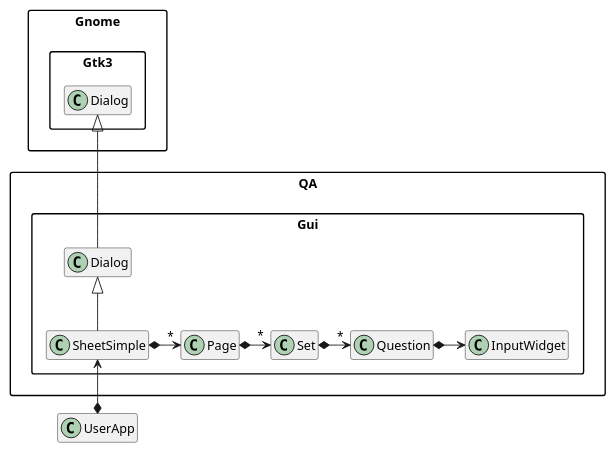
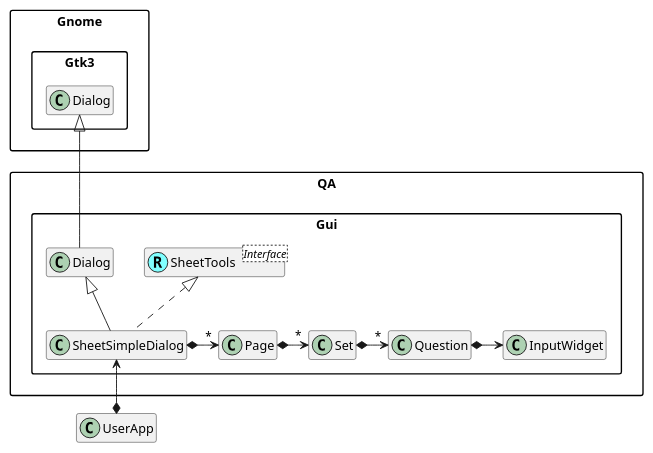
One commit to MARTIMM/question-answer changed the fourth of 5 diagrams in doc/design.md. Above: the diagram before and after it, drawn with PlantUML. The commit also changed other lines of this file and 1 other file, not shown here.

````diff
--- a/doc/design.md
+++ b/doc/design.md
@@ -299,20 +299,23 @@
 ```plantuml
 scale 0.9
 skinparam packageStyle rectangle
 skinparam stereotypeCBackgroundColor #80ffff
 set namespaceSeparator ::
 hide empty members
 
 'Class and interface decorations
+Interface QA::Gui::SheetTools <Interface>
+class QA::Gui::SheetTools <<(R,#80ffff)>>
 
 'Connections
 
-UserApp *-up-> QA::Gui::SheetSimple
-QA::Gui::Dialog <|-- QA::Gui::SheetSimple
+UserApp *-up-> QA::Gui::SheetSimpleDialog
+QA::Gui::Dialog <|-- QA::Gui::SheetSimpleDialog
+QA::Gui::SheetTools <|.. QA::Gui::SheetSimpleDialog
 Gnome::Gtk3::Dialog <|-- QA::Gui::Dialog
 
-QA::Gui::SheetSimple *-> "*" QA::Gui::Page
+QA::Gui::SheetSimpleDialog *-> "*" QA::Gui::Page
 QA::Gui::Page *-> "*" QA::Gui::Set
 QA::Gui::Set *-right-> "*" QA::Gui::Question
 QA::Gui::Question *-right-> QA::Gui::InputWidget
 ```
````
